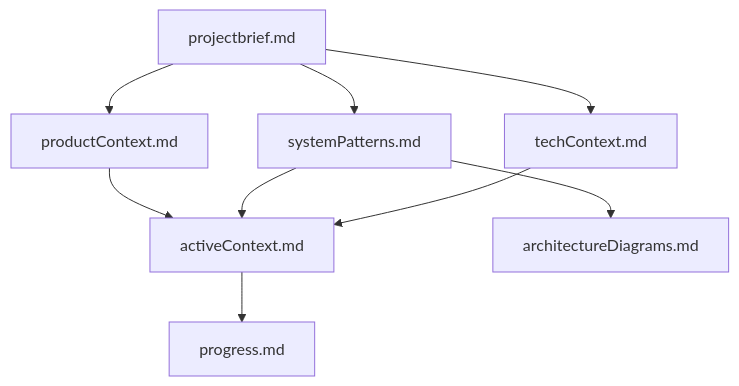
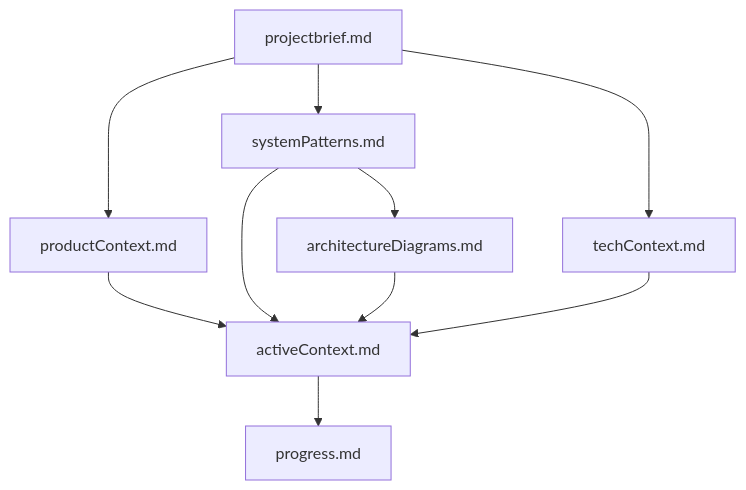
The first of 5 diagrams in memorybank.md (ChrisMcKee1/AI-Assisted-Coding), drawn with Mermaid before and after one commit. The commit also changed other lines of this file and 3 other files, not shown here.

````diff
--- a/memorybank.md
+++ b/memorybank.md
@@ -9,13 +9,15 @@
 ```mermaid
 flowchart TD
     PB[projectbrief.md] --> PC[productContext.md]
     PB --> SP[systemPatterns.md]
     PB --> TC[techContext.md]
     
     PC --> AC[activeContext.md]
     SP --> AC
     TC --> AC
     
+    AD[architectureDiagrams.md] --> AC
+    
     AC --> P[progress.md]
-    SP --> AD[architectureDiagrams.md]
+    SP --> AD
 ```
````
